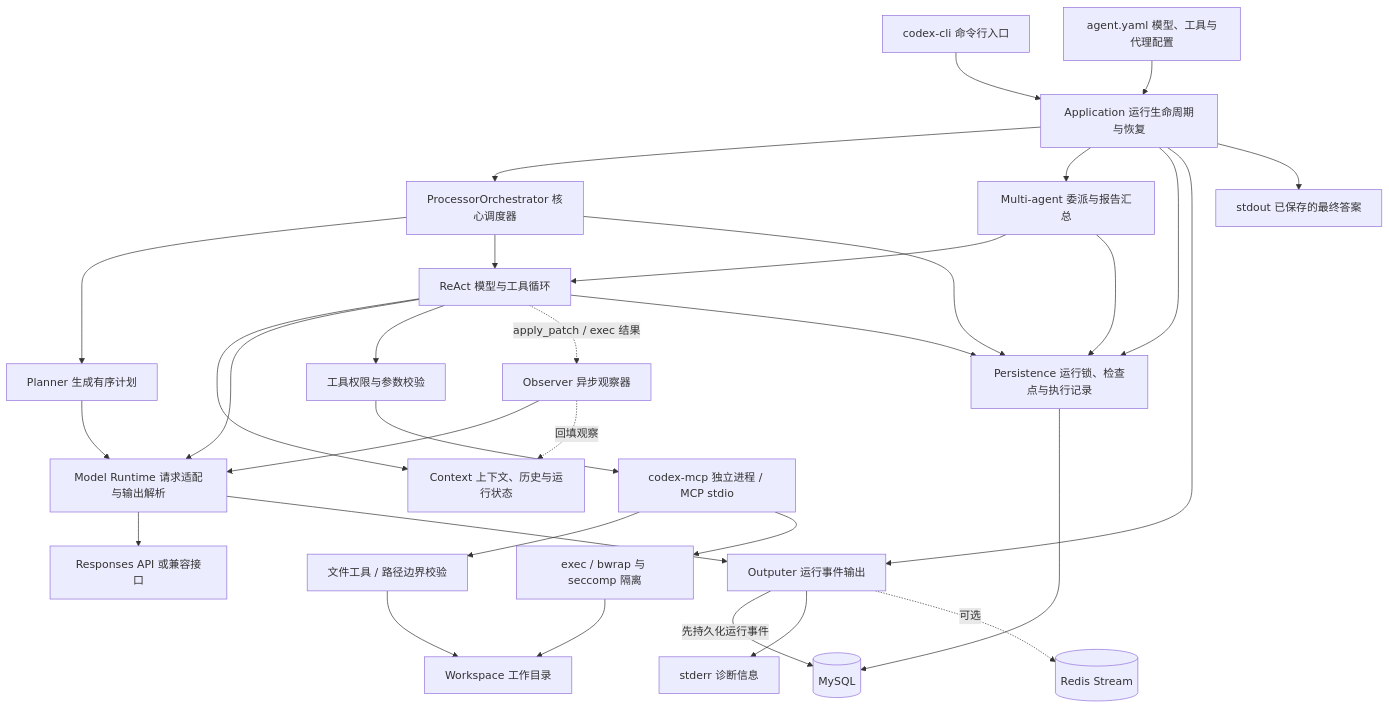
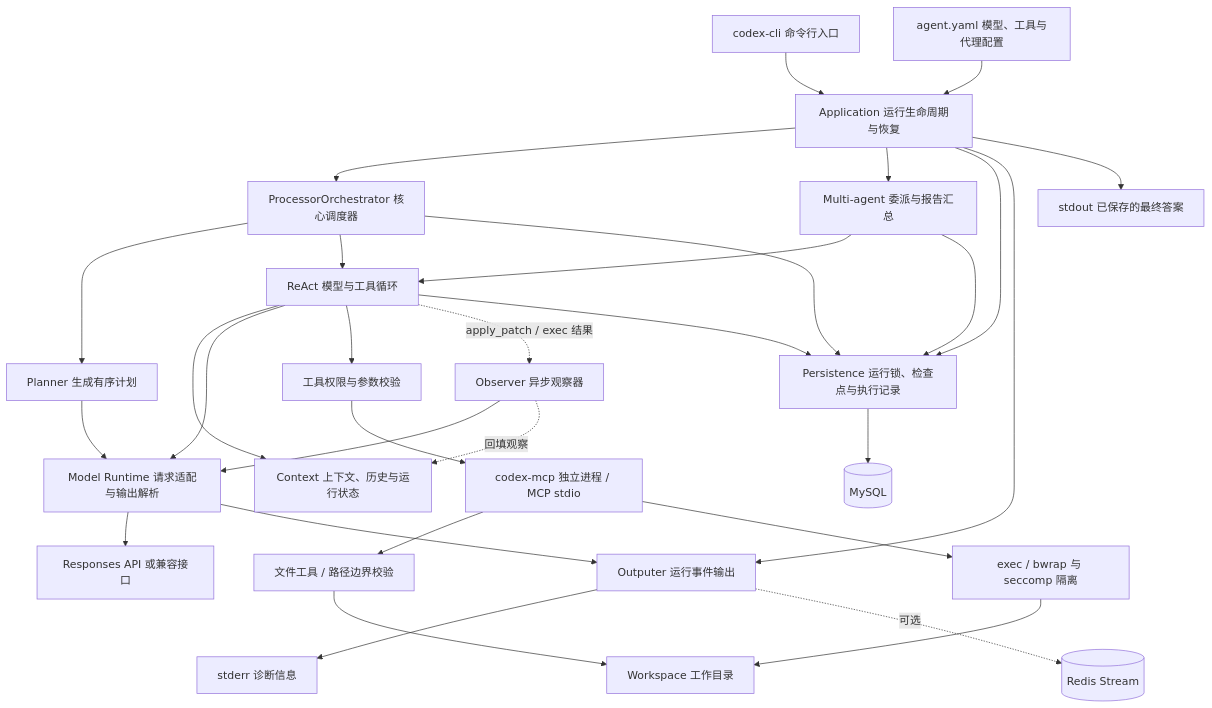
The first of 2 diagrams in README.md (collie-agent/codex-go), drawn with Mermaid before and after one commit. The commit also changed other lines of this file and 51 other files, not shown here.

````diff
--- a/README.md
+++ b/README.md
@@ -140,34 +140,33 @@
 ```mermaid
 flowchart TD
     CLI["codex-cli 命令行入口"] --> APP["Application 运行生命周期与恢复"]
     YAML["agent.yaml 模型、工具与代理配置"] --> APP
     APP --> ORCH["ProcessorOrchestrator 核心调度器"]
     ORCH --> PLAN["Planner 生成有序计划"]
     ORCH --> REACT["ReAct 模型与工具循环"]
     APP --> MULTI["Multi-agent 委派与报告汇总"]
     MULTI --> REACT
     REACT --> CTX["Context 上下文、历史与运行状态"]
     PLAN --> MODEL["Model Runtime 请求适配与输出解析"]
     REACT --> MODEL
     MODEL --> API["Responses API 或兼容接口"]
     REACT --> CHECK["工具权限与参数校验"]
     CHECK --> MCP["codex-mcp 独立进程 / MCP stdio"]
     MCP --> FILE["文件工具 / 路径边界校验"]
     MCP --> EXEC["exec / bwrap 与 seccomp 隔离"]
     FILE --> WS["Workspace 工作目录"]
     EXEC --> WS
     REACT -. "apply_patch / exec 结果" .-> OBS["Observer 异步观察器"]
     OBS --> MODEL
     OBS -. "回填观察" .-> CTX
     APP --> STORE["Persistence 运行锁、检查点与执行记录"]
     REACT --> STORE
     ORCH --> STORE
     MULTI --> STORE
     STORE --> DB[("MySQL")]
     APP --> OUTPUT["Outputer 运行事件输出"]
     MODEL --> OUTPUT
-    OUTPUT -->|先持久化运行事件| DB
     OUTPUT --> STDERR["stderr 诊断信息"]
     OUTPUT -. "可选" .-> REDIS[("Redis Stream")]
     APP --> ANSWER["stdout 已保存的最终答案"]
 ```
````
